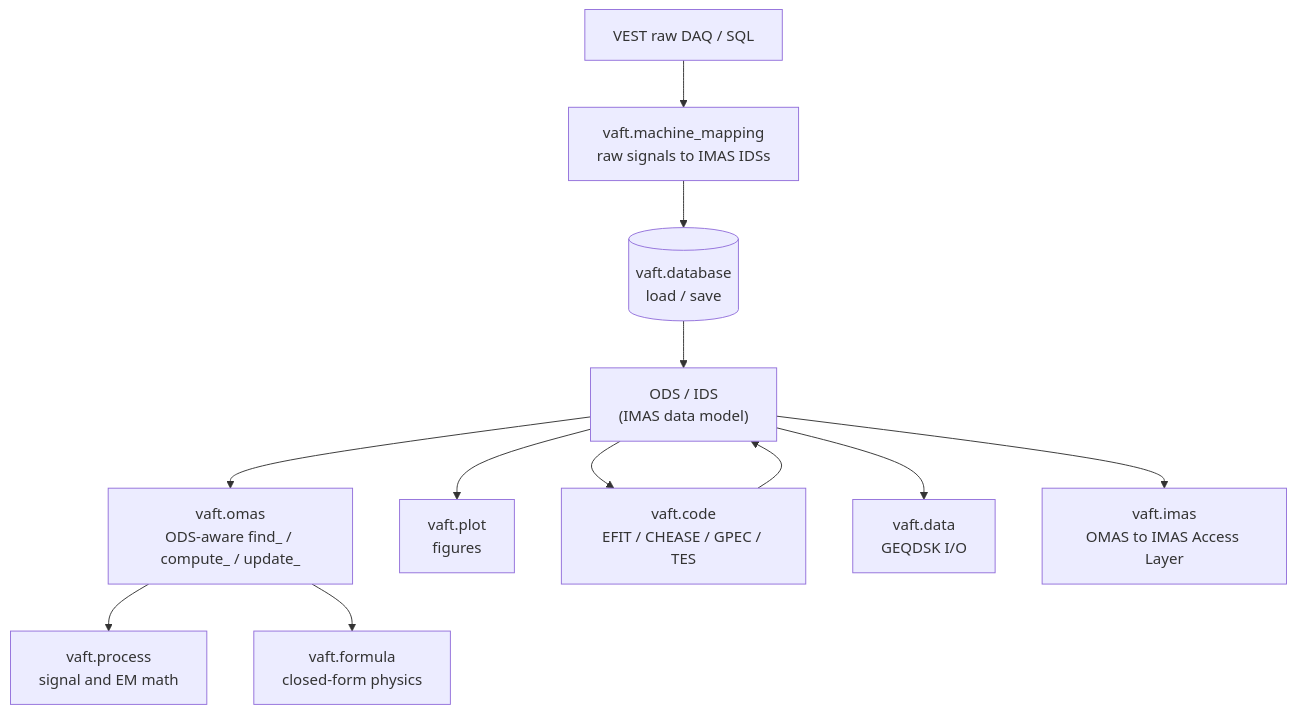
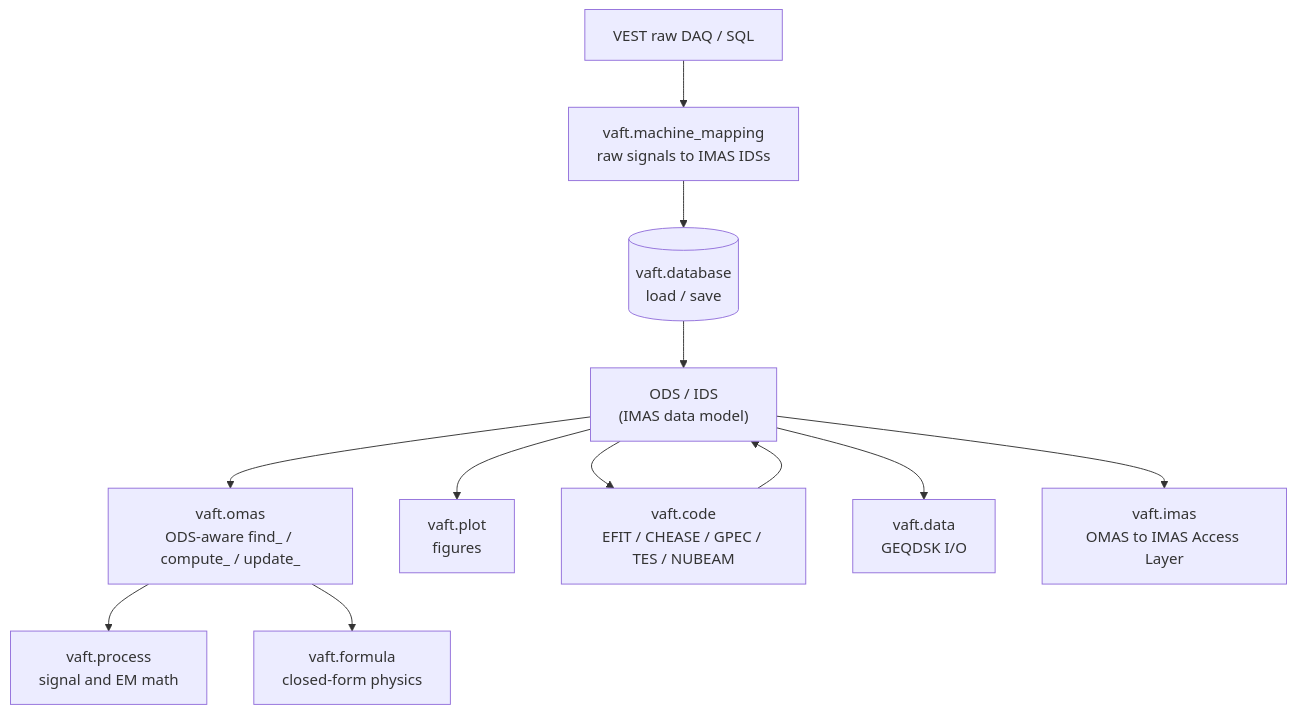
Before and after one commit to VEST-Tokamak/vaft: the diagram in docs/_guide/API_reference.md, drawn with Mermaid. The commit also changed other lines of this file, not shown here.

First line of the commit message:
Put NUBEAM in the API reference alongside the other codes

````diff
--- a/docs/_guide/API_reference.md
+++ b/docs/_guide/API_reference.md
@@ -39,14 +39,14 @@
 ```mermaid
 flowchart TD
     RAW["VEST raw DAQ / SQL"] --> MM["vaft.machine_mapping<br/>raw signals to IMAS IDSs"]
     MM --> DB[("vaft.database<br/>load / save")]
     DB --> ODS["ODS / IDS<br/>(IMAS data model)"]
     ODS --> OMASL["vaft.omas<br/>ODS-aware find_ / compute_ / update_"]
     OMASL --> PROC["vaft.process<br/>signal and EM math"]
     OMASL --> FORM["vaft.formula<br/>closed-form physics"]
     ODS --> PLOT["vaft.plot<br/>figures"]
-    ODS --> CODE["vaft.code<br/>EFIT / CHEASE / GPEC / TES"]
+    ODS --> CODE["vaft.code<br/>EFIT / CHEASE / GPEC / TES / NUBEAM"]
     CODE --> ODS
     ODS --> DATA["vaft.data<br/>GEQDSK I/O"]
     ODS --> IMASP["vaft.imas<br/>OMAS to IMAS Access Layer"]
 ```
````
